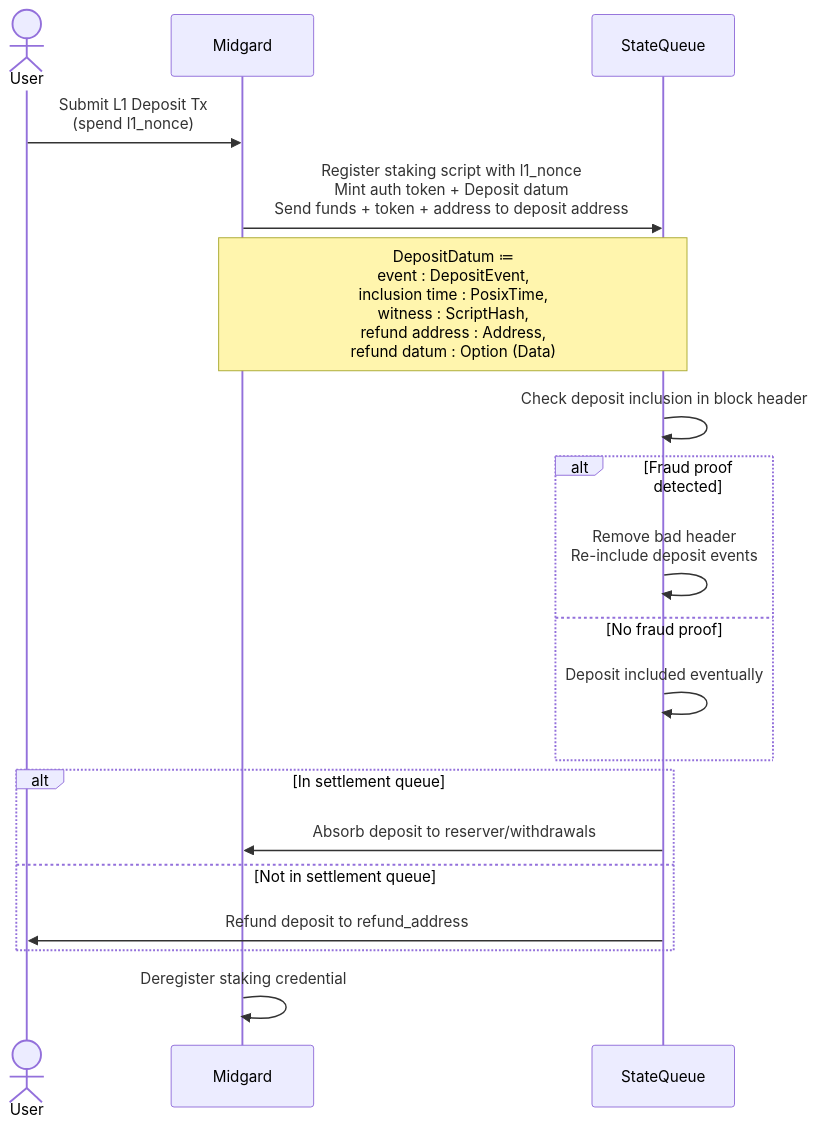
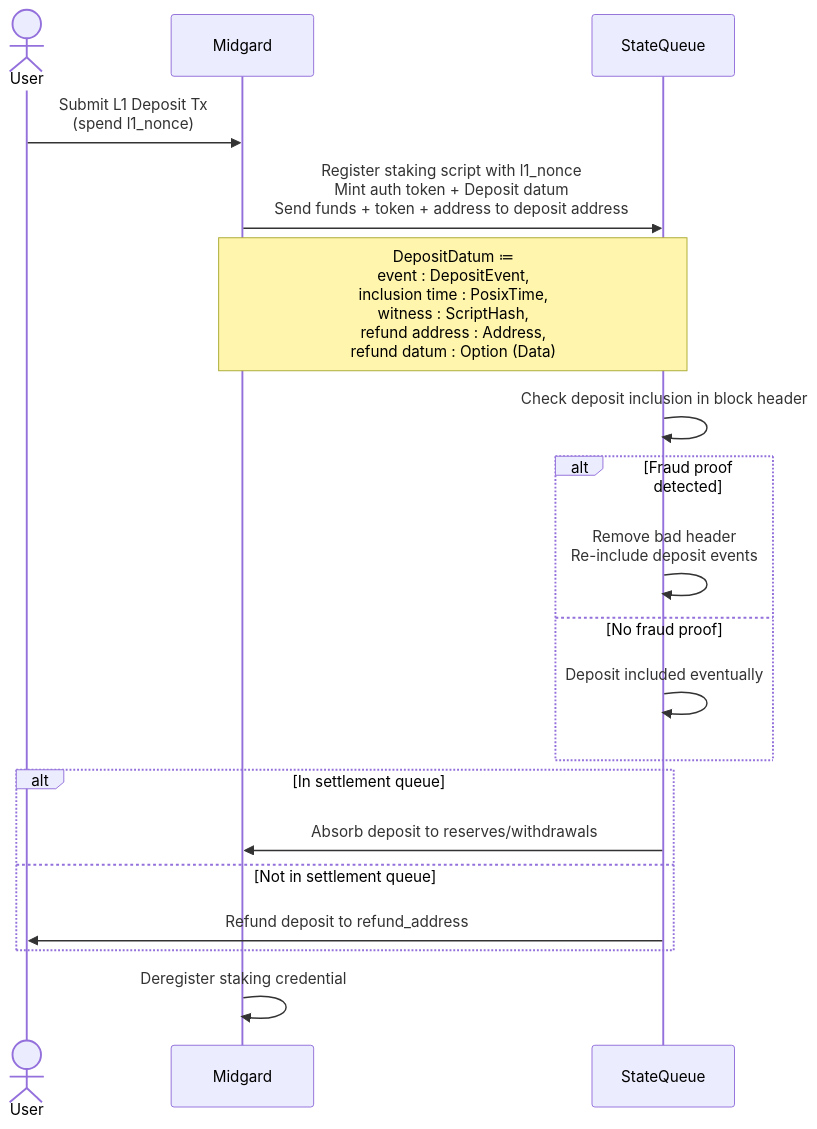
The diagram in demo/schemes/L1_deposit_scenario.md (sundial-protocol/sundial-monorepo), drawn with Mermaid before and after one commit.

````diff
--- a/demo/schemes/L1_deposit_scenario.md
+++ b/demo/schemes/L1_deposit_scenario.md
@@ -1,23 +1,23 @@
 ```mermaid
 
 sequenceDiagram
 
   Actor User
   participant Midgard
   participant StateQueue
   User ->> Midgard: Submit L1 Deposit Tx<br>(spend l1_nonce)
   Midgard ->> StateQueue: Register staking script with l1_nonce<br>Mint auth token + Deposit datum<br>Send funds + token + address to deposit address
   Note over Midgard,StateQueue: DepositDatum ≔<br>event : DepositEvent,<br>inclusion time : PosixTime,<br>witness : ScriptHash,<br>refund address : Address,<br>refund datum : Option (Data)
   StateQueue ->> StateQueue: Check deposit inclusion in block header
   alt Fraud proof detected
     StateQueue ->> StateQueue: Remove bad header<br>Re-include deposit events
   else No fraud proof
     StateQueue ->> StateQueue: Deposit included eventually
   end
   alt In settlement queue
-    StateQueue ->> Midgard: Absorb deposit to reserver/withdrawals
+    StateQueue ->> Midgard: Absorb deposit to reserves/withdrawals
   else Not in settlement queue
     StateQueue ->> User: Refund deposit to refund_address
   end
   Midgard ->> Midgard: Deregister staking credential
 ```
````
